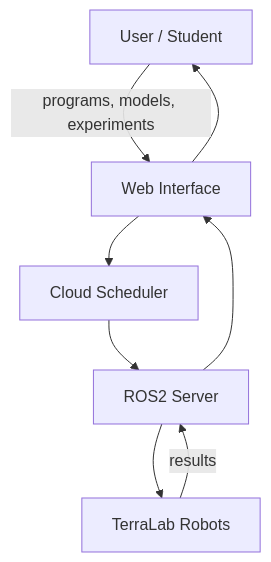
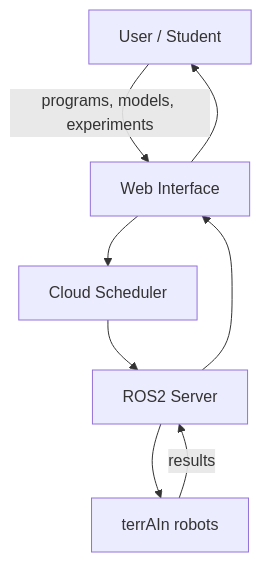
One commit to InquiryInstitute/automata changed the fourth of 5 diagrams in docs/architecture.md. Above: the diagram before and after it, drawn with Mermaid. The commit also changed other lines of this file and 11 other files, not shown here.

First line of the commit message:
Rename project to terrAIn: subdomain terrain.inquiry.institute, repo terrain

````diff
--- a/docs/architecture.md
+++ b/docs/architecture.md
@@ -101,16 +101,16 @@
 ```mermaid
 flowchart TD
     User["User / Student"]
     Web["Web Interface"]
     Sched["Cloud Scheduler"]
     ROS["ROS2 Server"]
-    Lab["TerraLab Robots"]
+    Lab["terrAIn robots"]
 
     User -->|programs, models, experiments| Web
     Web --> Sched
     Sched --> ROS
     ROS --> Lab
     Lab -->|results| ROS
     ROS --> Web
     Web --> User
 ```
````
